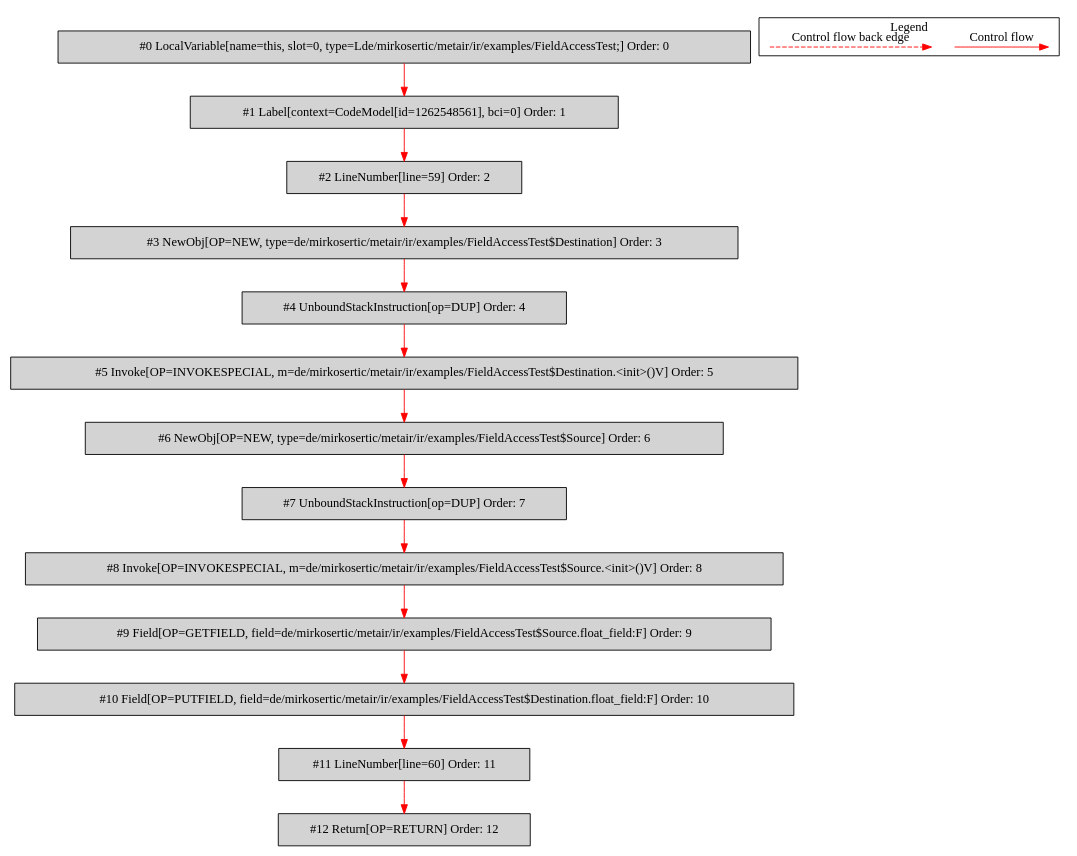
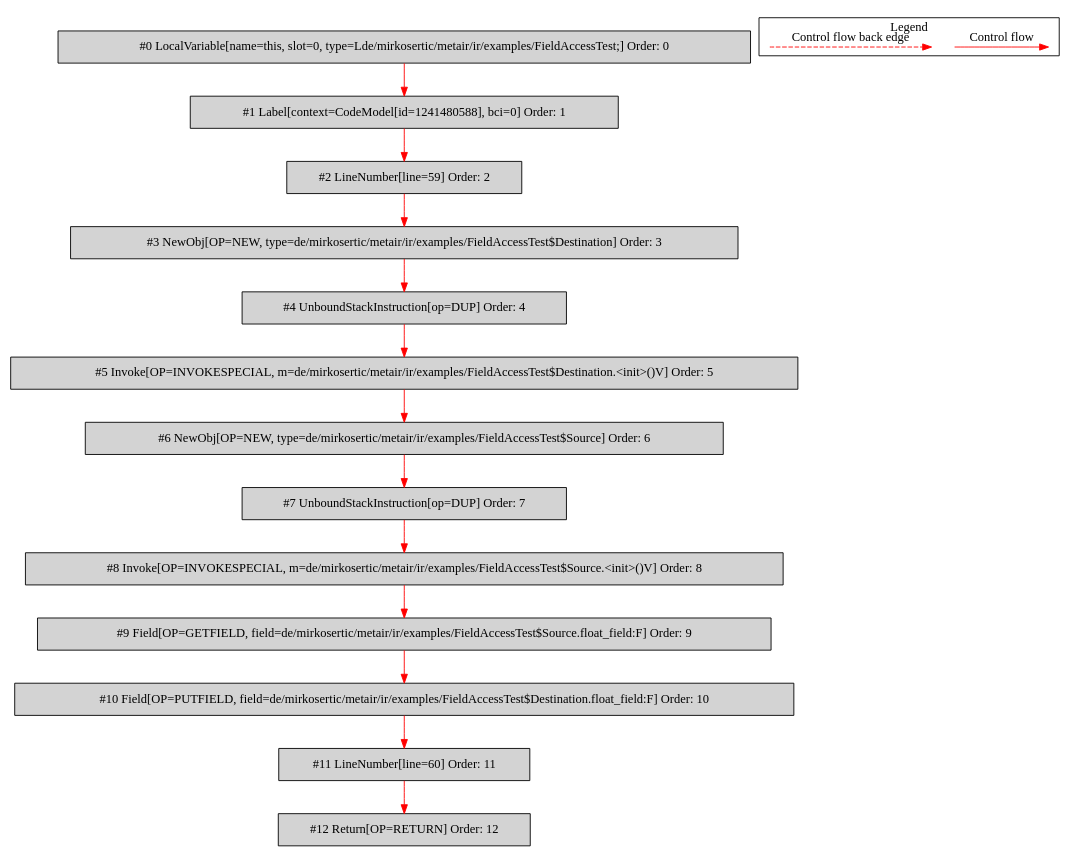
The diagram in de.mirkosertic.metair.ir.examples.FieldAccessTest/copy_float/bytecodecfg.dot (mirkosertic/MetaIR), drawn with Graphviz before and after one commit. The commit also changed 1251 other files, not shown here.

```diff
--- a/de.mirkosertic.metair.ir.examples.FieldAccessTest/copy_float/bytecodecfg.dot
+++ b/de.mirkosertic.metair.ir.examples.FieldAccessTest/copy_float/bytecodecfg.dot
@@ -1,42 +1,42 @@
 digraph {
  ordering="in";
  node0[label="#0 LocalVariable[name=this, slot=0, type=Lde/mirkosertic/metair/ir/examples/FieldAccessTest;] Order: 0", shape=box, fillcolor=lightgrey, style=filled];
- node1[label="#1 Label[context=CodeModel[id=1262548561], bci=0] Order: 1", shape=box, fillcolor=lightgrey, style=filled];
+ node1[label="#1 Label[context=CodeModel[id=1241480588], bci=0] Order: 1", shape=box, fillcolor=lightgrey, style=filled];
  node2[label="#2 LineNumber[line=59] Order: 2", shape=box, fillcolor=lightgrey, style=filled];
  node3[label="#3 NewObj[OP=NEW, type=de/mirkosertic/metair/ir/examples/FieldAccessTest$Destination] Order: 3", shape=box, fillcolor=lightgrey, style=filled];
  node4[label="#4 UnboundStackInstruction[op=DUP] Order: 4", shape=box, fillcolor=lightgrey, style=filled];
  node5[label="#5 Invoke[OP=INVOKESPECIAL, m=de/mirkosertic/metair/ir/examples/FieldAccessTest$Destination.<init>()V] Order: 5", shape=box, fillcolor=lightgrey, style=filled];
  node6[label="#6 NewObj[OP=NEW, type=de/mirkosertic/metair/ir/examples/FieldAccessTest$Source] Order: 6", shape=box, fillcolor=lightgrey, style=filled];
  node7[label="#7 UnboundStackInstruction[op=DUP] Order: 7", shape=box, fillcolor=lightgrey, style=filled];
  node8[label="#8 Invoke[OP=INVOKESPECIAL, m=de/mirkosertic/metair/ir/examples/FieldAccessTest$Source.<init>()V] Order: 8", shape=box, fillcolor=lightgrey, style=filled];
  node9[label="#9 Field[OP=GETFIELD, field=de/mirkosertic/metair/ir/examples/FieldAccessTest$Source.float_field:F] Order: 9", shape=box, fillcolor=lightgrey, style=filled];
  node10[label="#10 Field[OP=PUTFIELD, field=de/mirkosertic/metair/ir/examples/FieldAccessTest$Destination.float_field:F] Order: 10", shape=box, fillcolor=lightgrey, style=filled];
  node11[label="#11 LineNumber[line=60] Order: 11", shape=box, fillcolor=lightgrey, style=filled];
  node12[label="#12 Return[OP=RETURN] Order: 12", shape=box, fillcolor=lightgrey, style=filled];
  node0 -> node1[color=red];
  node1 -> node2[color=red];
  node2 -> node3[color=red];
  node3 -> node4[color=red];
  node4 -> node5[color=red];
  node5 -> node6[color=red];
  node6 -> node7[color=red];
  node7 -> node8[color=red];
  node8 -> node9[color=red];
  node9 -> node10[color=red];
  node10 -> node11[color=red];
  node11 -> node12[color=red];
  subgraph cluster_000 {
   label = "Legend";
   node [shape=point]
   {
    rank=same;
    c0 [style = invis];
    c1 [style = invis];
    c2 [style = invis];
    c3 [style = invis];
   }
   c0 -> c1 [label="Control flow", style=solid, color=red]
   c2 -> c3 [label="Control flow back edge", style=dashed, color=red]
  }
 
 }
```
